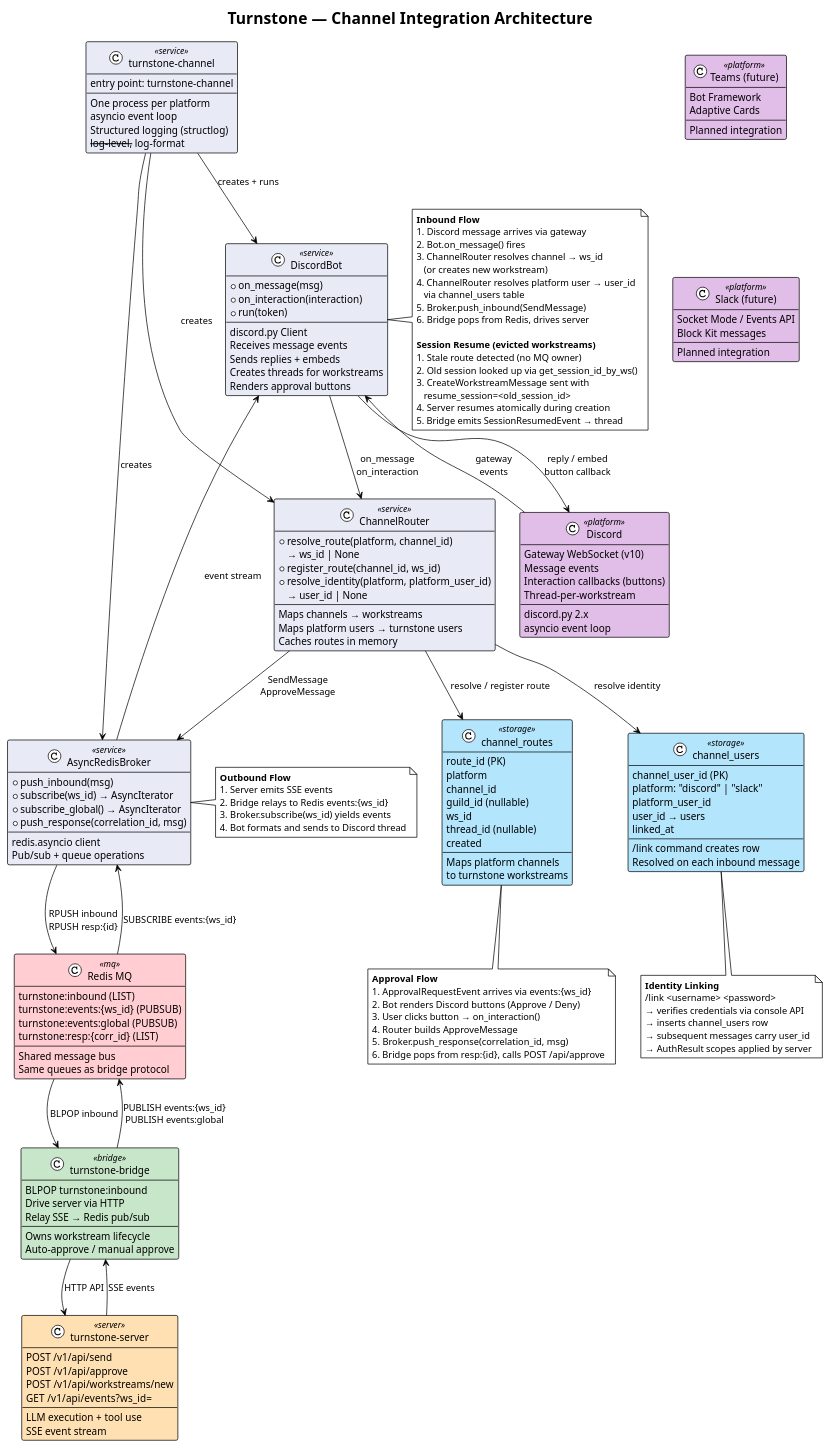
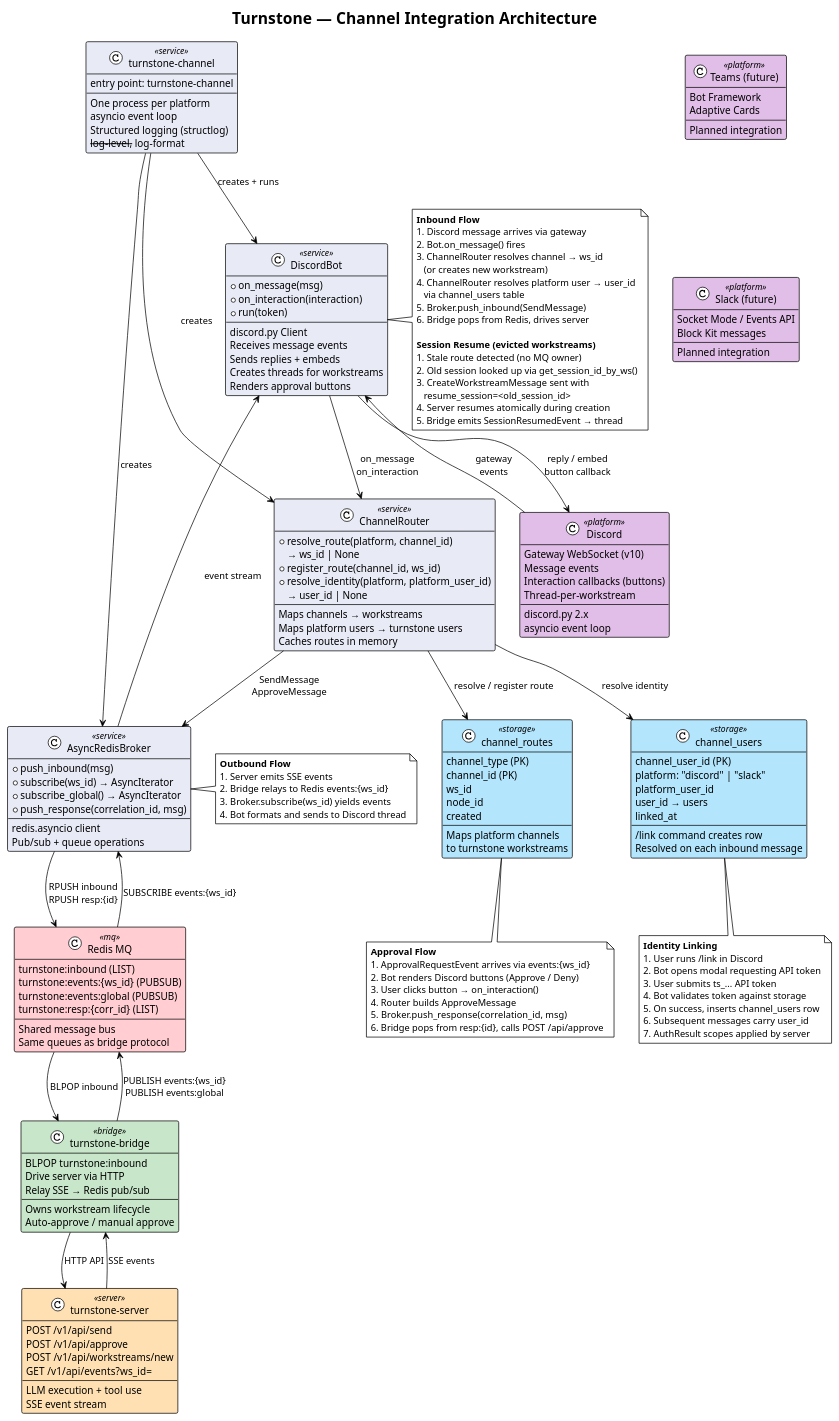
The diagram in docs/diagrams/16-channel-architecture.puml (turnstonelabs/turnstone), drawn with PlantUML before and after one commit. The commit also changed 14 other files, not shown here.

```diff
--- a/docs/diagrams/16-channel-architecture.puml
+++ b/docs/diagrams/16-channel-architecture.puml
@@ -124,12 +124,10 @@
 }
 
 class "channel_routes" as CR <<storage>> {
-    route_id (PK)
-    platform
-    channel_id
-    guild_id (nullable)
+    channel_type (PK)
+    channel_id (PK)
     ws_id
-    thread_id (nullable)
+    node_id
     created
     --
     Maps platform channels
@@ -201,11 +199,13 @@
 
 note bottom of CU
   **Identity Linking**
-  /link <username> <password>
-  → verifies credentials via console API
-  → inserts channel_users row
-  → subsequent messages carry user_id
-  → AuthResult scopes applied by server
+  1. User runs /link in Discord
+  2. Bot opens modal requesting API token
+  3. User submits ts_... API token
+  4. Bot validates token against storage
+  5. On success, inserts channel_users row
+  6. Subsequent messages carry user_id
+  7. AuthResult scopes applied by server
 end note
 
 @enduml
```
